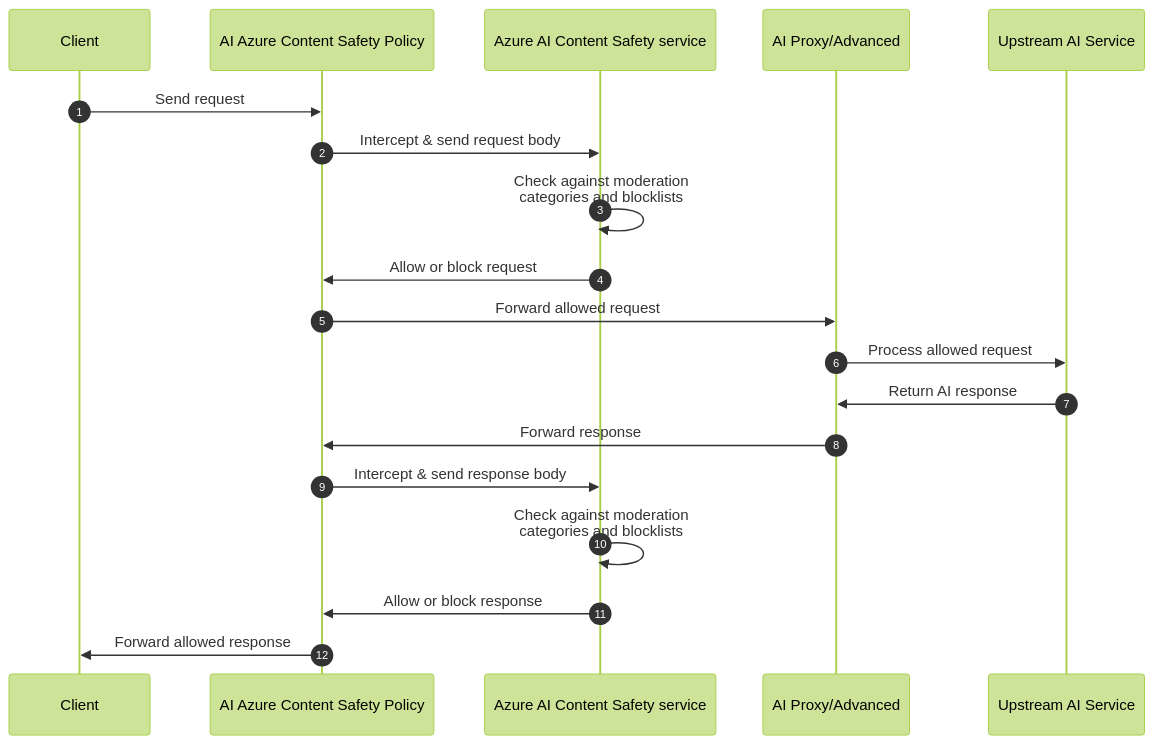
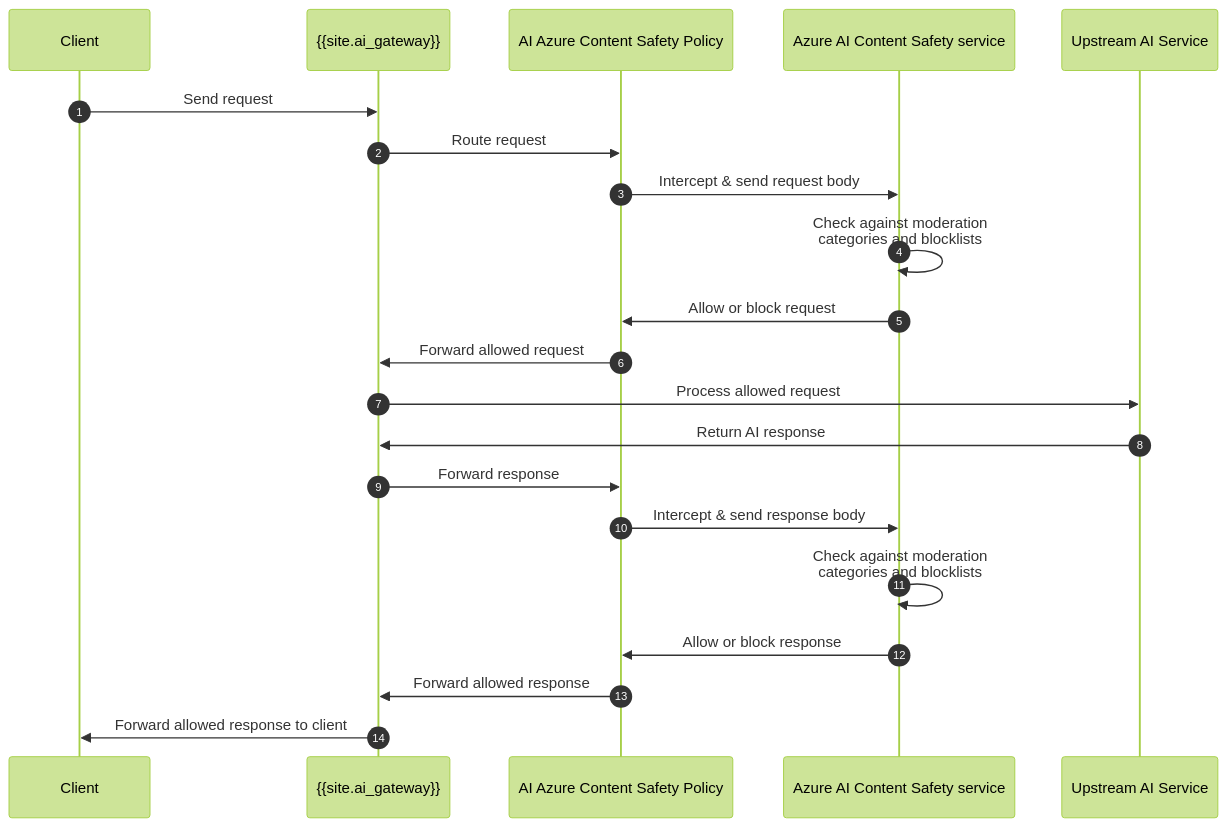
One commit to Kong/developer.konghq.com changed the diagram in app/_ai_gateway_policies/ai-azure-content-safety/index.md. Above: the diagram before and after it, drawn with Mermaid (forest theme).

Commit message:
Attempt at fixing the diagram

```diff
--- a/app/_ai_gateway_policies/ai-azure-content-safety/index.md
+++ b/app/_ai_gateway_policies/ai-azure-content-safety/index.md
@@ -36,22 +36,24 @@
 {% mermaid %}
 sequenceDiagram
     autonumber
     participant Client
-    participant Plugin as AI Azure Content Safety Policy
+    participant Gateway as {{site.ai_gateway}}
+    participant Policy as AI Azure Content Safety Policy
     participant Safety as Azure AI Content Safety service
-    participant Proxy as AI Proxy/Advanced
     participant AI as Upstream AI Service
-    
-    Client->>Plugin: Send request
-    Plugin->>Safety: Intercept & send request body
+
+    Client->>Gateway: Send request
+    Gateway->>Policy: Route request
+    Policy->>Safety: Intercept & send request body
     Safety->>Safety: Check against moderation <br>categories and blocklists
-    Safety->>Plugin: Allow or block request
-    Plugin->>Proxy: Forward allowed request
-    Proxy->>AI: Process allowed request
-    AI->>Proxy: Return AI response
-    Proxy->>Plugin: Forward response
-    Plugin->>Safety: Intercept & send response body
+    Safety->>Policy: Allow or block request
+    Policy->>Gateway: Forward allowed request
+    Gateway->>AI: Process allowed request
+    AI->>Gateway: Return AI response
+    Gateway->>Policy: Forward response
+    Policy->>Safety: Intercept & send response body
     Safety->>Safety: Check against moderation <br>categories and blocklists
-    Safety->>Plugin: Allow or block response
-    Plugin->>Client: Forward allowed response
+    Safety->>Policy: Allow or block response
+    Policy->>Gateway: Forward allowed response
+    Gateway->>Client: Forward allowed response to client
 {% endmermaid %}
```
